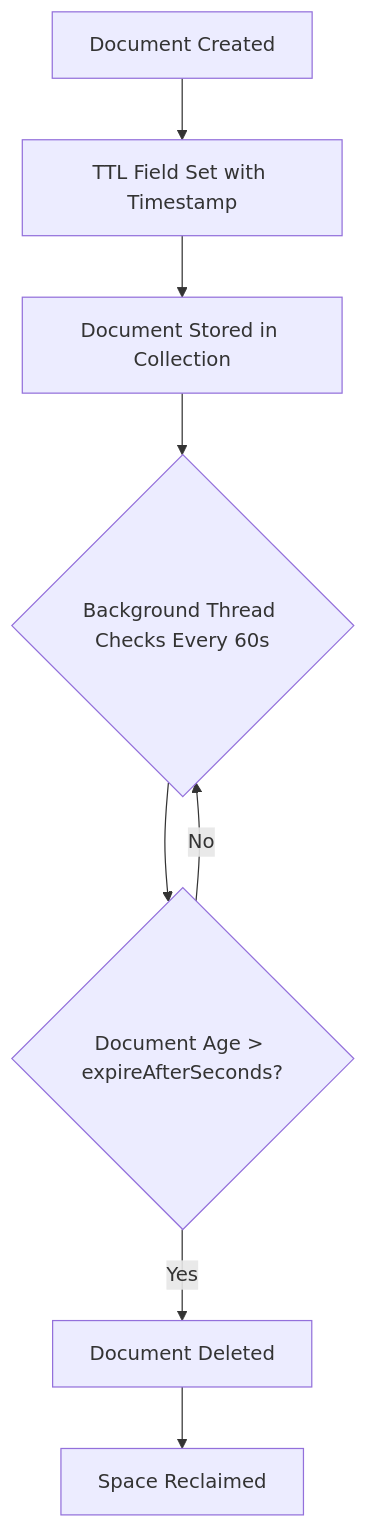
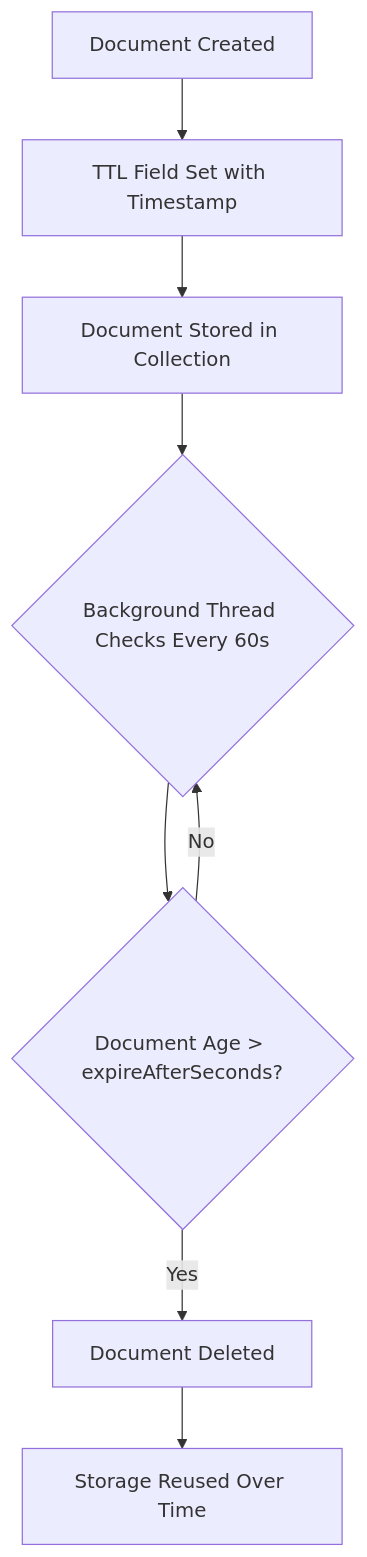
Before and after one commit to OneUptime/blog: the first of 6 diagrams in posts/2026-01-30-mongodb-ttl-index/README.md, drawn with Mermaid. The commit also changed other lines of this file and 2 other files, not shown here.

````diff
--- a/posts/2026-01-30-mongodb-ttl-index/README.md
+++ b/posts/2026-01-30-mongodb-ttl-index/README.md
@@ -21,10 +21,10 @@
 ```mermaid
 flowchart TD
     A[Document Created] --> B[TTL Field Set with Timestamp]
     B --> C[Document Stored in Collection]
     C --> D{Background Thread Checks Every 60s}
     D --> E{Document Age > expireAfterSeconds?}
     E -->|No| D
     E -->|Yes| F[Document Deleted]
-    F --> G[Space Reclaimed]
+    F --> G[Storage Reused Over Time]
 ```
````
